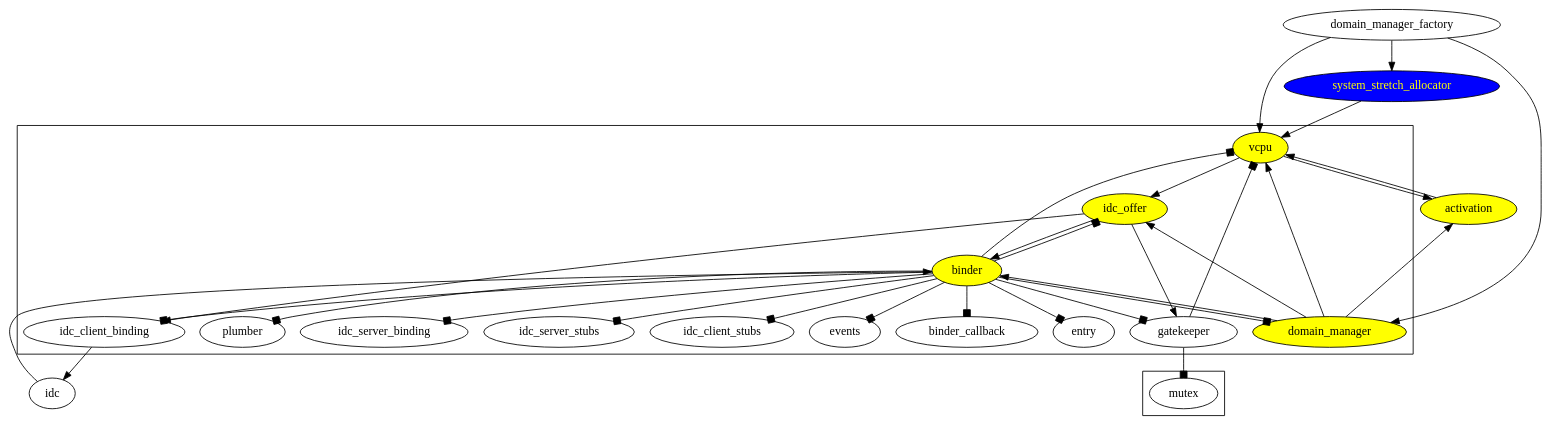
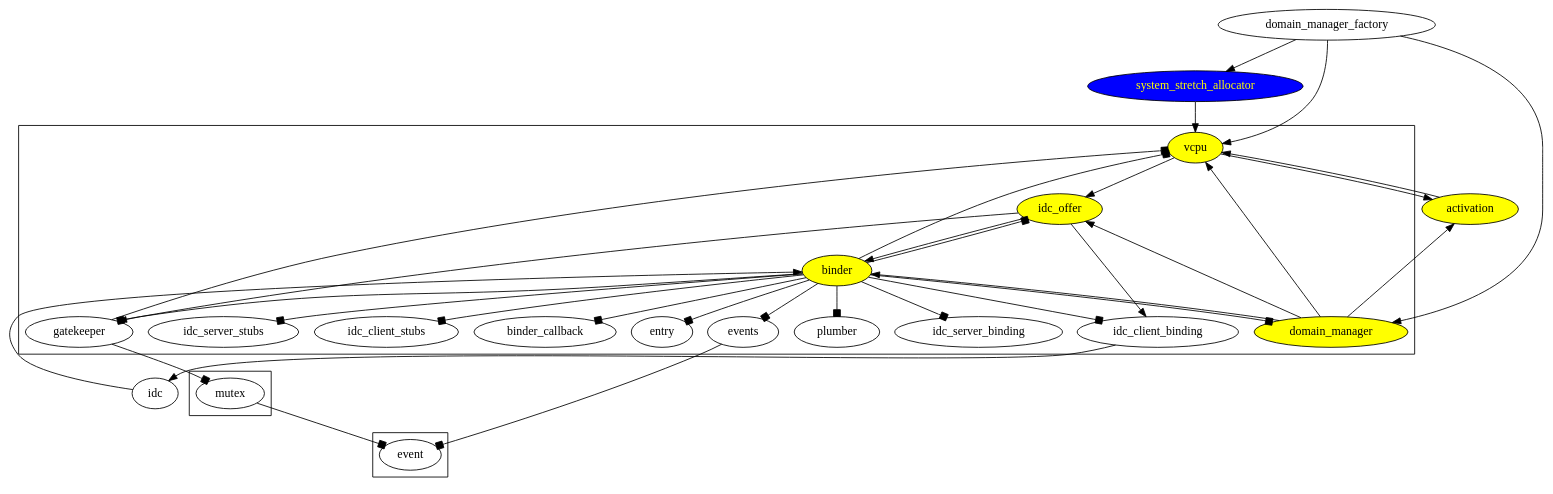
The diagram in docs/needs_boot.dot (metta-systems/metta), drawn with Graphviz before and after one commit.

Commit message:
Add event dependency.

```diff
--- a/docs/needs_boot.dot
+++ b/docs/needs_boot.dot
@@ -1,47 +1,52 @@
 digraph {
 	vcpu [style=filled,fillcolor=yellow,color=black,fontcolor=black];
 	domain_manager [style=filled,fillcolor=yellow,color=black,fontcolor=black];
 	binder [style=filled,fillcolor=yellow,color=black,fontcolor=black];
 	idc_offer [style=filled,fillcolor=yellow,color=black,fontcolor=black];
 	activation [style=filled,fillcolor=yellow,color=black,fontcolor=black];
 	system_stretch_allocator [style=filled,fillcolor=blue,color=black,fontcolor=yellow];
 
 # Interface dependencies
 	activation -> vcpu;
 	domain_manager -> activation;
 	domain_manager -> vcpu;
 	domain_manager -> idc_offer;
 	domain_manager -> binder;
 	domain_manager_factory -> system_stretch_allocator;
 	domain_manager_factory -> domain_manager;
 	domain_manager_factory -> vcpu;
 	idc -> binder;
 	idc_client_binding -> idc;
 	idc_offer -> binder;
 	idc_offer -> idc_client_binding;
 	idc_offer -> gatekeeper;
 	system_stretch_allocator -> vcpu;
 	vcpu -> activation;
 	vcpu -> idc_offer;
 
 # Implementation dependencies (arrowhead = box)
 	subgraph cluster_binder_impl {
 		binder -> vcpu [arrowhead=box];
 		binder -> plumber [arrowhead=box];
 		binder -> idc_offer [arrowhead=box];
 		binder -> idc_client_binding [arrowhead=box];
 		binder -> idc_server_binding [arrowhead=box];
 		binder -> idc_server_stubs [arrowhead=box];
 		binder -> idc_client_stubs [arrowhead=box];
 		binder -> events [arrowhead=box];
 		binder -> binder_callback [arrowhead=box];
 		binder -> domain_manager [arrowhead=box];
 		binder -> gatekeeper [arrowhead=box];
 		binder -> entry [arrowhead=box];
 	}
 
 	subgraph cluster_gatekeeper_impl {
 		gatekeeper -> vcpu [arrowhead=box];
 		gatekeeper -> mutex [arrowhead=box];
 	}
+
+	subgraph cluster_event_impl {
+		events -> event [arrowhead=box];
+		mutex -> event [arrowhead=box];
+	}
 }
```
